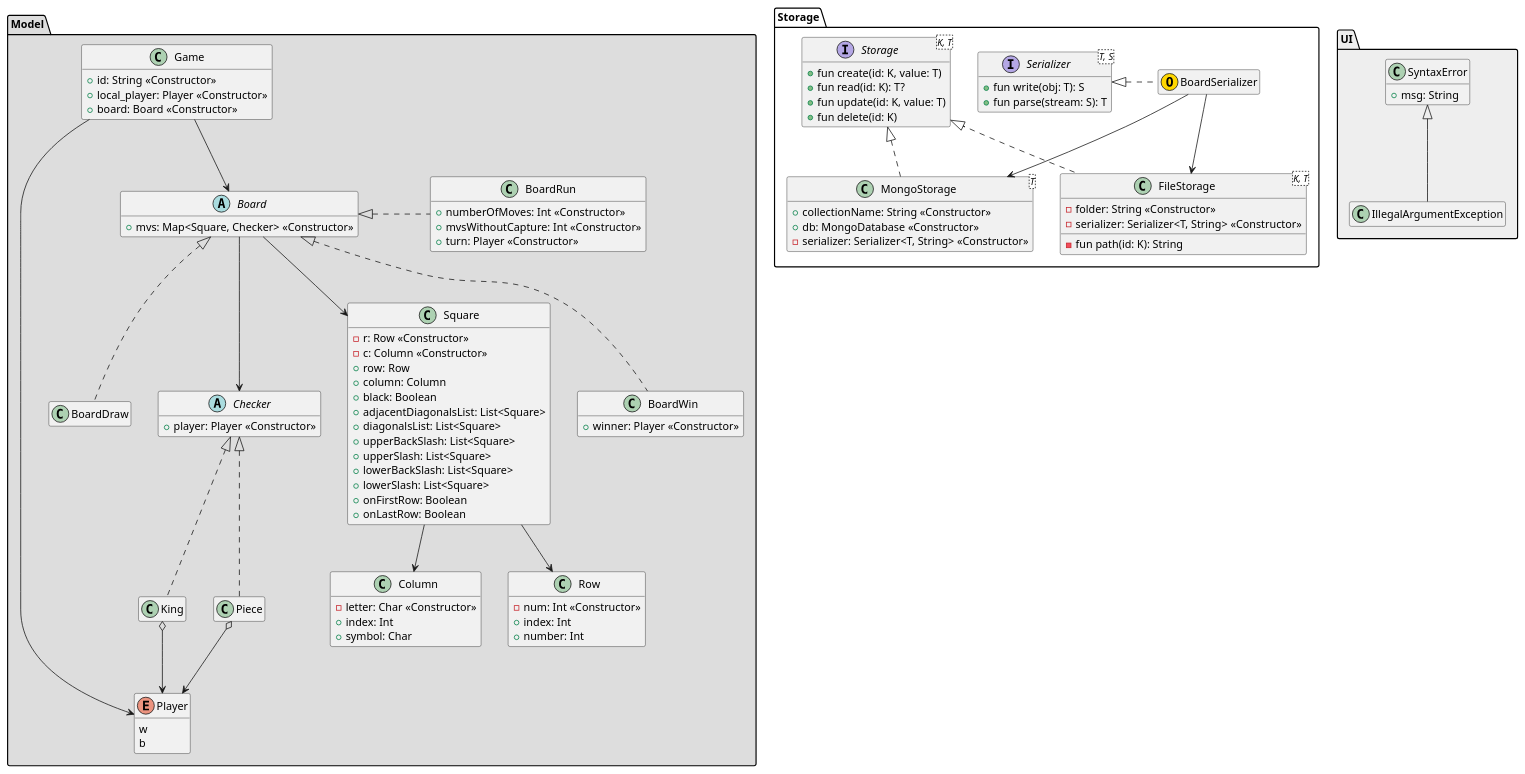
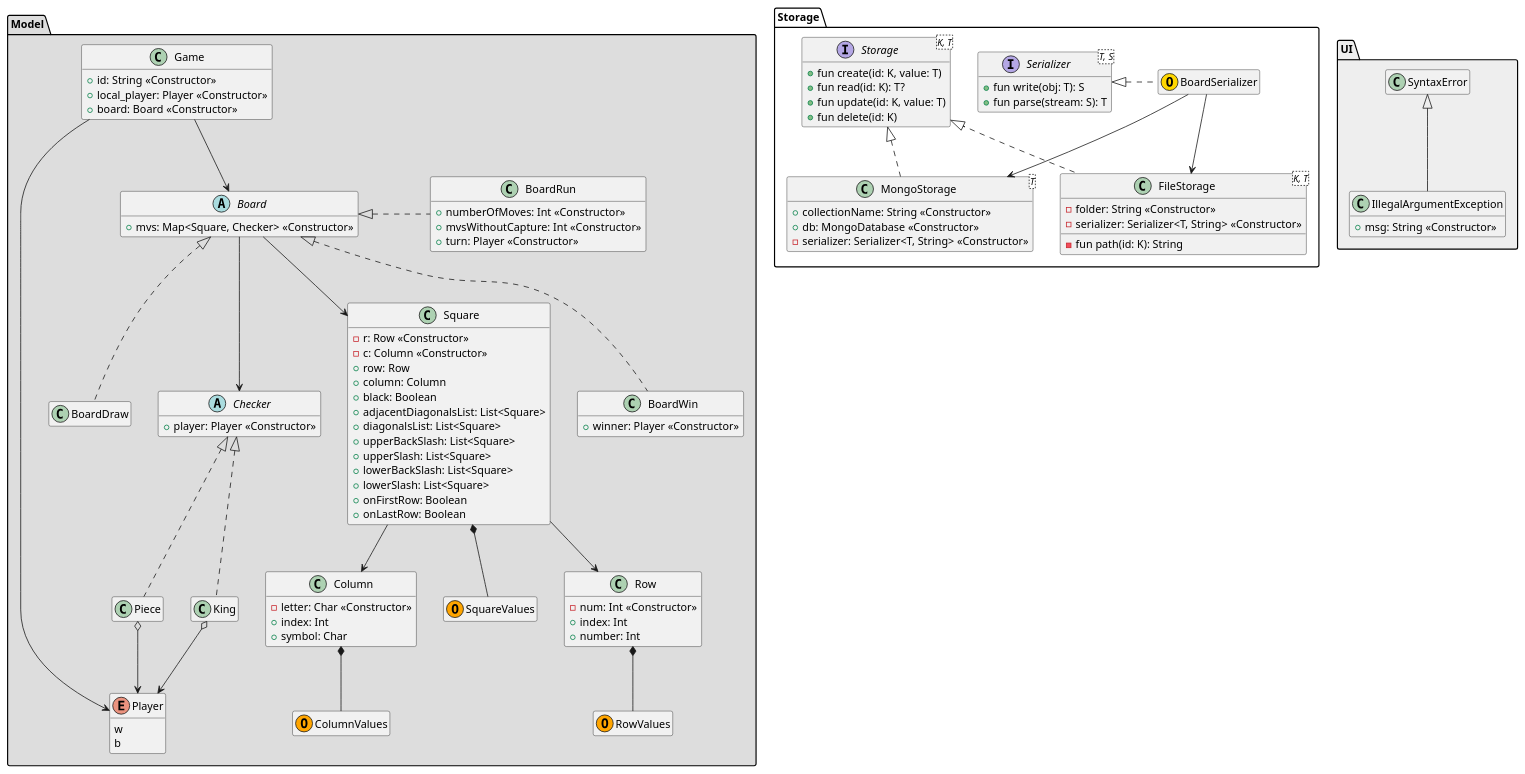
The diagram in checkers-model/src/main/kotlin/isel/leic/tds/checkers/checkers.puml (franciscoengenheiro/desktop-checkers-app), drawn with PlantUML before and after one commit. The commit also changed 1 other file, not shown here.

Commit message:
Added companion objects to plant UML design. Introduced fold instead of foreach in AuxFunctions.kt

```diff
--- a/checkers-model/src/main/kotlin/isel/leic/tds/checkers/checkers.puml
+++ b/checkers-model/src/main/kotlin/isel/leic/tds/checkers/checkers.puml
@@ -1,131 +1,142 @@
 @startuml
 'https://plantuml.com/class-diagram
 
 'Modifiers:
 'hide members
 hide empty members
 
 package "Model" #DDDDDD {
     class Game {
         +id: String <<Constructor>>
         +local_player: Player <<Constructor>>
         +board: Board <<Constructor>>
     }
 
     abstract class Board {
         +mvs: Map<Square, Checker> <<Constructor>>
     }
 
     class BoardRun {
         +numberOfMoves: Int <<Constructor>>
         +mvsWithoutCapture: Int <<Constructor>>
         +turn: Player <<Constructor>>
     }
 
     class BoardWin {
         +winner: Player <<Constructor>>
     }
 
     class BoardDraw
 
     abstract class Checker {
         +player: Player <<Constructor>>
     }
 
     class Piece
 
     class King
 
     enum Player {
         w
         b
     }
 
     class Square {
         -r: Row <<Constructor>>
         -c: Column <<Constructor>>
         +row: Row
         +column: Column
         +black: Boolean
         +adjacentDiagonalsList: List<Square>
         +diagonalsList: List<Square>
         +upperBackSlash: List<Square>
         +upperSlash: List<Square>
         +lowerBackSlash: List<Square>
         +lowerSlash: List<Square>
         +onFirstRow: Boolean
         +onLastRow: Boolean
     }
 
+    class SquareValues <<O, Orange>>
+
     class Row {
         -num: Int <<Constructor>>
         +index: Int
         +number: Int
     }
 
+    class RowValues <<O, Orange>>
+
     class Column {
         -letter: Char <<Constructor>>
         +index: Int
         +symbol: Char
     }
+
+    class ColumnValues <<O, Orange>>
 
     'Connections:
     Game --> Board
     Game -> Player
     Board <|. BoardRun: "                 "
     Board <|.. BoardWin
     Board <|.. BoardDraw
     Board --> Square
     Board --> Checker
     King o--> Player
     Piece o--> Player
     Checker <|.. Piece
     Checker <|.. King
     Square --> Row
     Square --> Column
+    Square *-- SquareValues
+    Row *-- RowValues
+    Column *-- ColumnValues
 }
 
 package "Storage" {
     interface Serializer<T, S> {
         +fun write(obj: T): S
         +fun parse(stream: S): T
     }
 
     interface Storage<K, T> {
         +fun create(id: K, value: T)
         +fun read(id: K): T?
         +fun update(id: K, value: T)
         +fun delete(id: K)
     }
 
     class MongoStorage<T> {
         +collectionName: String <<Constructor>>
         +db: MongoDatabase <<Constructor>>
         -serializer: Serializer<T, String> <<Constructor>>
     }
 
     class FileStorage<K, T> {
         -folder: String <<Constructor>>
         -serializer: Serializer<T, String> <<Constructor>>
         -fun path(id: K): String
     }
 
     class BoardSerializer <<(O, gold)>>
 
     'Connections:
     Storage <|.. MongoStorage
     Storage <|.. FileStorage
     Serializer <|. BoardSerializer : "       "
     BoardSerializer --> MongoStorage
     BoardSerializer --> FileStorage
 }
 
 package "UI" #EEEEEE {
-    class SyntaxError {
-        +msg: String
+    class SyntaxError
+
+    class IllegalArgumentException {
+        +msg: String <<Constructor>>
     }
 
     'Connections:
     SyntaxError <|-- IllegalArgumentException
 }
 @enduml
```
